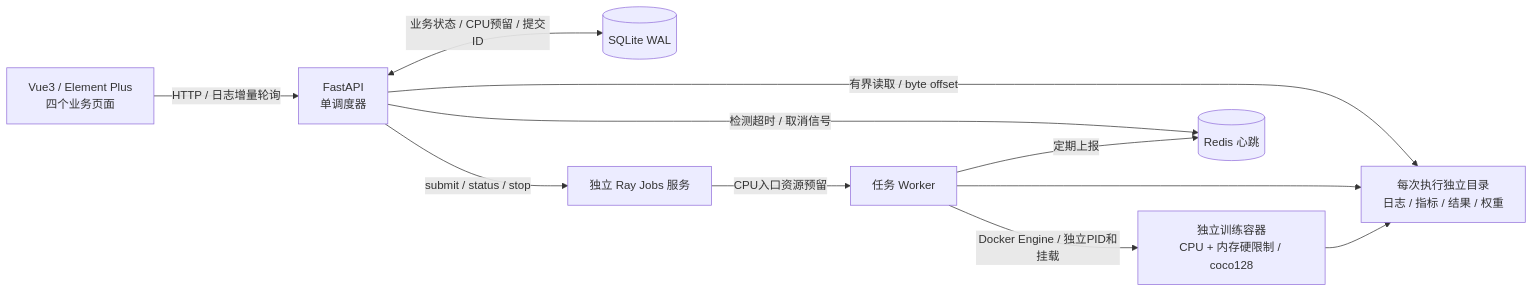
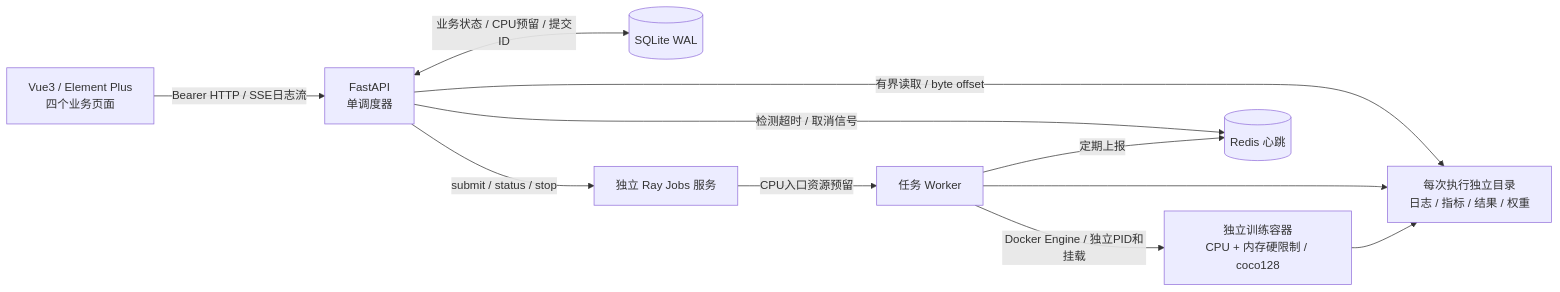
Before and after one commit to jackjiahao1491/trainplane-yolo-cpu: the first of 2 diagrams in README.md, drawn with Mermaid. The commit also changed other lines of this file and 10 other files, not shown here.

````diff
--- a/README.md
+++ b/README.md
@@ -25,13 +25,13 @@
 ```mermaid
 flowchart LR
-    UI[Vue3 / Element Plus<br/>四个业务页面] -->|HTTP / 日志增量轮询| API[FastAPI<br/>单调度器]
+    UI[Vue3 / Element Plus<br/>四个业务页面] -->|Bearer HTTP / SSE日志流| API[FastAPI<br/>单调度器]
     API <-->|业务状态 / CPU预留 / 提交ID| DB[(SQLite WAL)]
     API -->|submit / status / stop| RAY[独立 Ray Jobs 服务]
     RAY -->|CPU入口资源预留| WORKER[任务 Worker]
     WORKER -->|Docker Engine / 独立PID和挂载| TRAIN[独立训练容器<br/>CPU + 内存硬限制 / coco128]
     WORKER -->|定期上报| REDIS[(Redis 心跳)]
     API -->|检测超时 / 取消信号| REDIS
     TRAIN --> FILES[每次执行独立目录<br/>日志 / 指标 / 结果 / 权重]
     WORKER --> FILES
     API -->|有界读取 / byte offset| FILES
 ```
````
